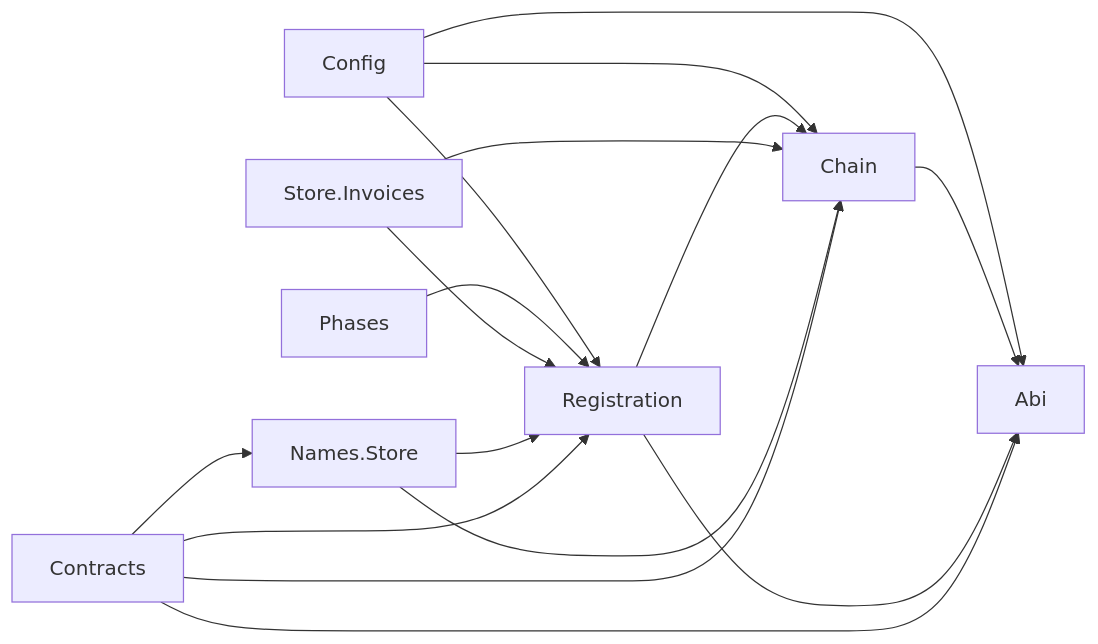
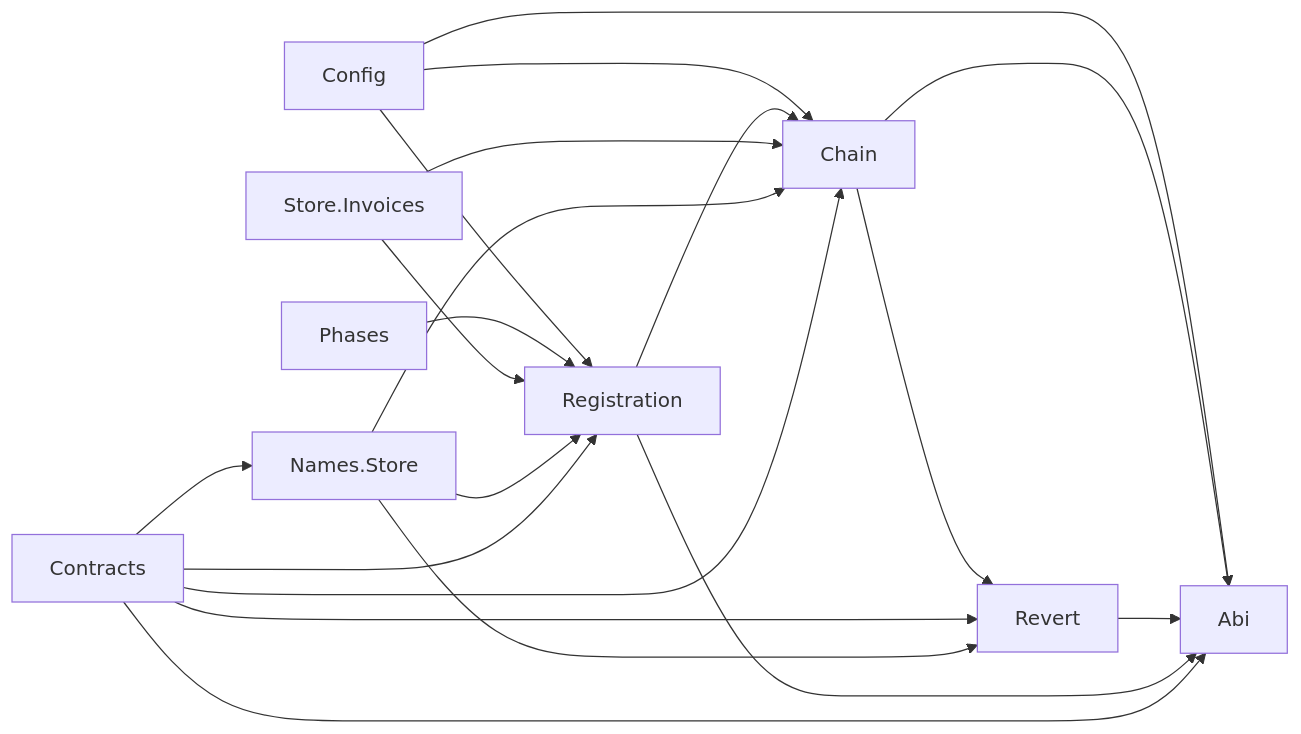
The fourth of 4 diagrams in plans/2026-11-16-names-review-fixes-a2.md (simplex-chat/simplex-chat), drawn with Mermaid before and after one commit. The commit also changed other lines of this file and 15 other files, not shown here.

````diff
--- a/plans/2026-11-16-names-review-fixes-a2.md
+++ b/plans/2026-11-16-names-review-fixes-a2.md
@@ -165,18 +165,22 @@
 ```mermaid
 graph LR
   Config --> Abi
   Config --> Chain
   Chain --> Abi
+  Chain --> Revert
+  Revert --> Abi
   Registration --> Abi
   Contracts --> Abi
+  Contracts --> Revert
+  Store --> Revert
   Config --> Registration
   Registration --> Chain
   Phases --> Registration
   Invoices[Store.Invoices] --> Registration
   Invoices --> Chain
   Store[Names.Store] --> Registration
   Store --> Chain
   Contracts --> Chain
   Contracts --> Registration
   Contracts --> Store
 ```
````
